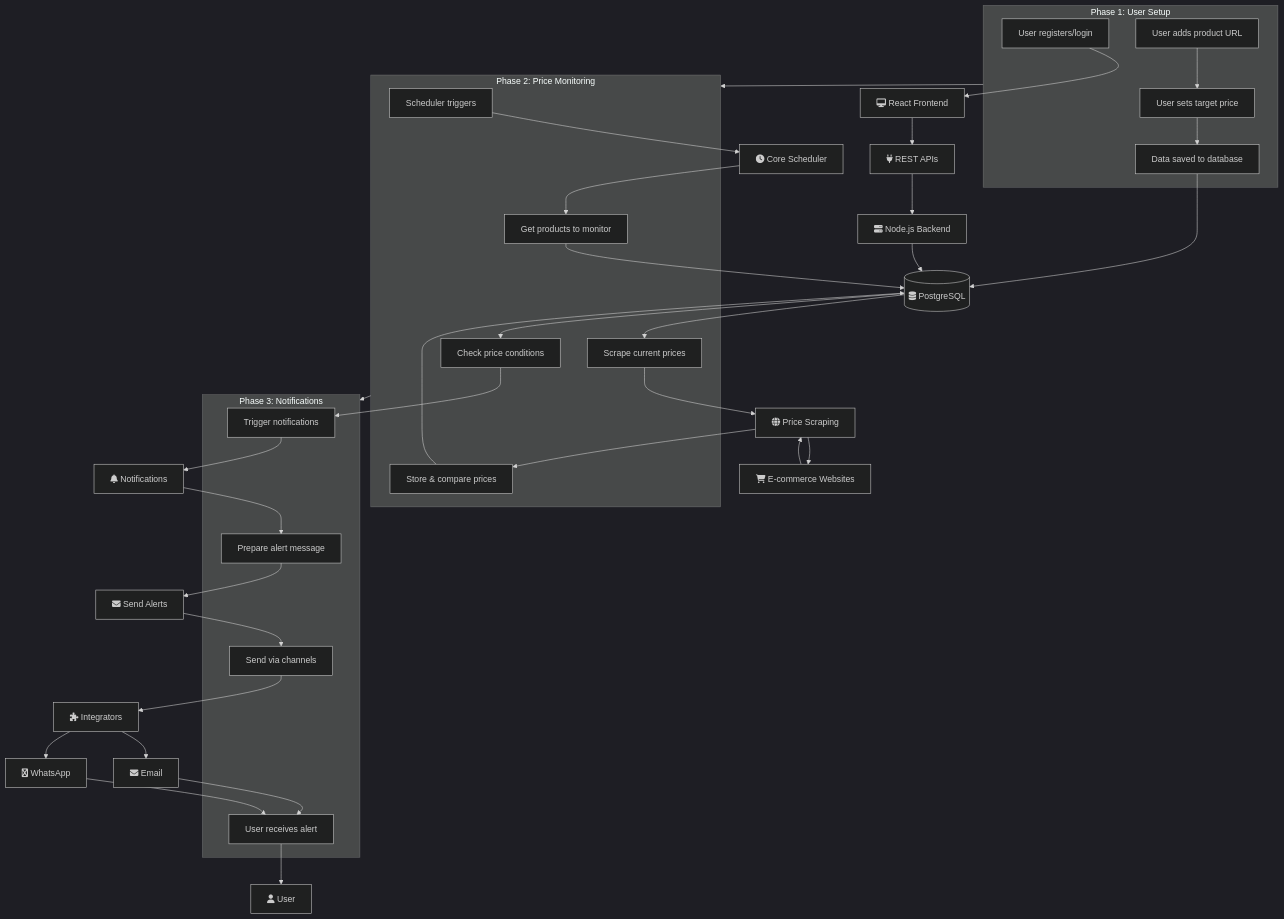
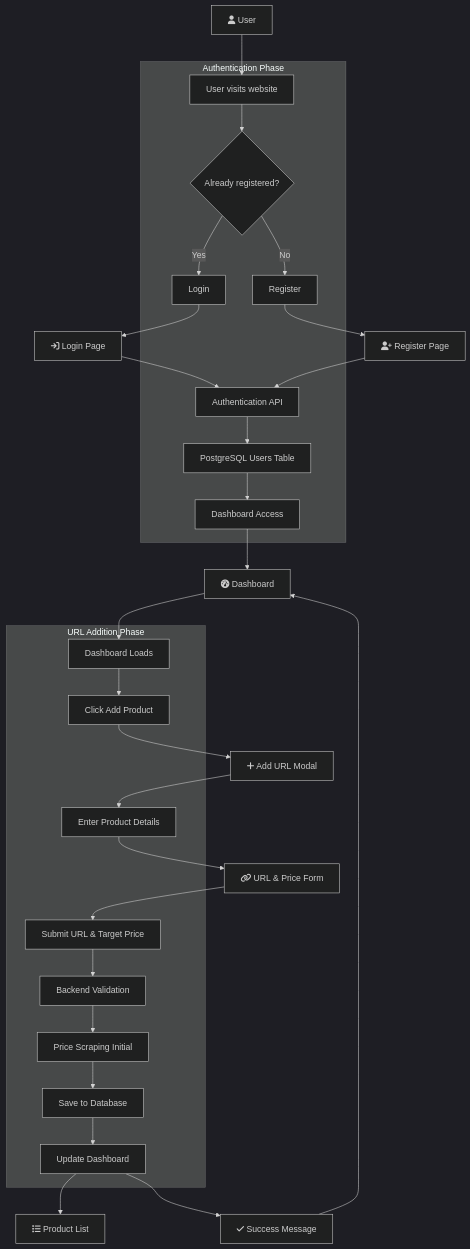
The diagram in README.md (chandini1727/PriceDrop_Detector), drawn with Mermaid (dark theme) before and after one commit.

Commit message:
Revise architecture design in README
Updated architecture diagram to include authentication and URL addition flows.

````diff
--- a/README.md
+++ b/README.md
@@ -24,74 +24,64 @@
 ```mermaid
 flowchart TD
     User[fa:fa-user User]
-    ReactFrontend[fa:fa-desktop React Frontend]
-    RESTAPI[fa:fa-plug REST APIs]
-    NodeBackend[fa:fa-server Node.js Backend]
-    CoreScheduler[fa:fa-clock Core Scheduler]
-    PriceScraping[fa:fa-globe Price Scraping]
-    PostgreSQL[(fa:fa-database PostgreSQL)]
-    Notifications[fa:fa-bell Notifications]
-    SendAlerts[fa:fa-envelope Send Alerts]
-    Integrators[fa:fa-puzzle-piece Integrators]
-    Email[fa:fa-envelope Email]
-    WhatsApp[fa:fa-whatsapp WhatsApp]
-    ExternalSites[fa:fa-shopping-cart E-commerce Websites]
+    LoginPage[fa:fa-sign-in Login Page]
+    RegisterPage[fa:fa-user-plus Register Page]
+    Dashboard[fa:fa-tachometer-alt Dashboard]
+    AddURLModal[fa:fa-plus Add URL Modal]
+    URLForm[fa:fa-link URL & Price Form]
+    Success[fa:fa-check Success Message]
+    ProductList[fa:fa-list Product List]
 
-    %% User Registration & Setup Flow
-    subgraph Phase1 [Phase 1: User Setup]
-        U1[User registers/login]
-        U2[User adds product URL]
-        U3[User sets target price]
-        U4[Data saved to database]
+    %% Authentication Flow
+    subgraph AuthFlow [Authentication Phase]
+        A1[User visits website]
+        A2{Already registered?}
+        A3[Login]
+        A4[Register]
+        A5[Authentication API]
+        A6[PostgreSQL Users Table]
+        A7[Dashboard Access]
     end
 
-    %% Price Monitoring Flow
-    subgraph Phase2 [Phase 2: Price Monitoring]
-        M1[Scheduler triggers]
-        M2[Get products to monitor]
-        M3[Scrape current prices]
-        M4[Store & compare prices]
-        M5[Check price conditions]
+    %% URL Addition Flow
+    subgraph URLFlow [URL Addition Phase]
+        U1[Dashboard Loads]
+        U2[Click Add Product]
+        U3[Enter Product Details]
+        U4[Submit URL & Target Price]
+        U5[Backend Validation]
+        U6[Price Scraping Initial]
+        U7[Save to Database]
+        U8[Update Dashboard]
     end
 
-    %% Notification Flow
-    subgraph Phase3 [Phase 3: Notifications]
-        N1[Trigger notifications]
-        N2[Prepare alert message]
-        N3[Send via channels]
-        N4[User receives alert]
-    end
-
-    %% Complete Flow Connections
-    Phase1 --> Phase2
-    Phase2 --> Phase3
-
-    %% Detailed Connections
-    U1 --> ReactFrontend
-    ReactFrontend --> RESTAPI
-    RESTAPI --> NodeBackend
-    NodeBackend --> PostgreSQL
-    U2 --> U3 --> U4 --> PostgreSQL
-
-    M1 --> CoreScheduler
-    CoreScheduler --> M2
-    M2 --> PostgreSQL
-    PostgreSQL --> M3
-    M3 --> PriceScraping
-    PriceScraping --> ExternalSites
-    ExternalSites --> PriceScraping
-    PriceScraping --> M4
-    M4 --> PostgreSQL
-    PostgreSQL --> M5
-    M5 --> N1
-    N1 --> Notifications
-    Notifications --> N2
-    N2 --> SendAlerts
-    SendAlerts --> N3
-    N3 --> Integrators
-    Integrators --> Email
-    Integrators --> WhatsApp
-    Email --> N4
-    WhatsApp --> N4
-    N4 --> User
+    %% Complete Flow
+    User --> A1
+    A1 --> A2
+    A2 -->|Yes| A3
+    A2 -->|No| A4
+    
+    A3 --> LoginPage
+    A4 --> RegisterPage
+    
+    LoginPage --> A5
+    RegisterPage --> A5
+    
+    A5 --> A6
+    A6 --> A7
+    A7 --> Dashboard
+    
+    Dashboard --> U1
+    U1 --> U2
+    U2 --> AddURLModal
+    AddURLModal --> U3
+    U3 --> URLForm
+    URLForm --> U4
+    U4 --> U5
+    U5 --> U6
+    U6 --> U7
+    U7 --> U8
+    U8 --> ProductList
+    U8 --> Success
+    Success --> Dashboard
 ```
````
